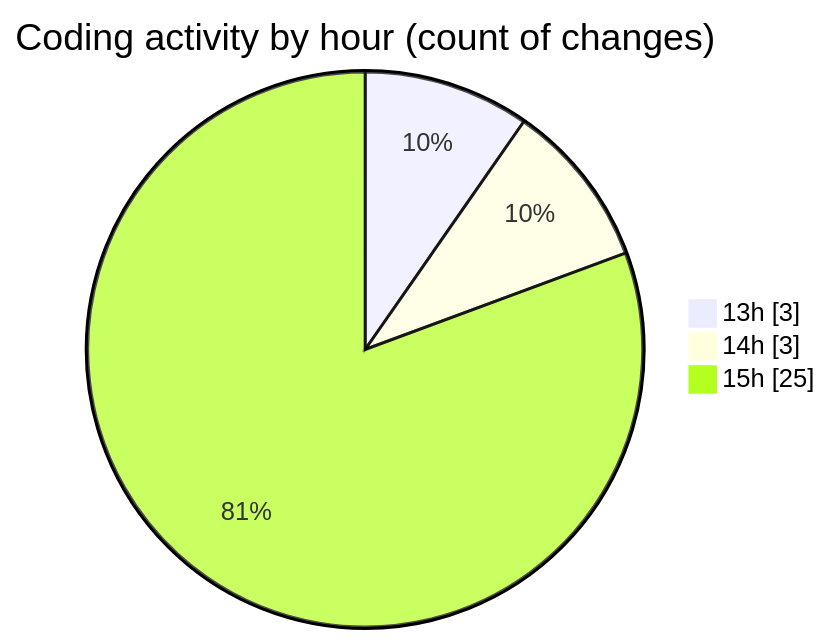
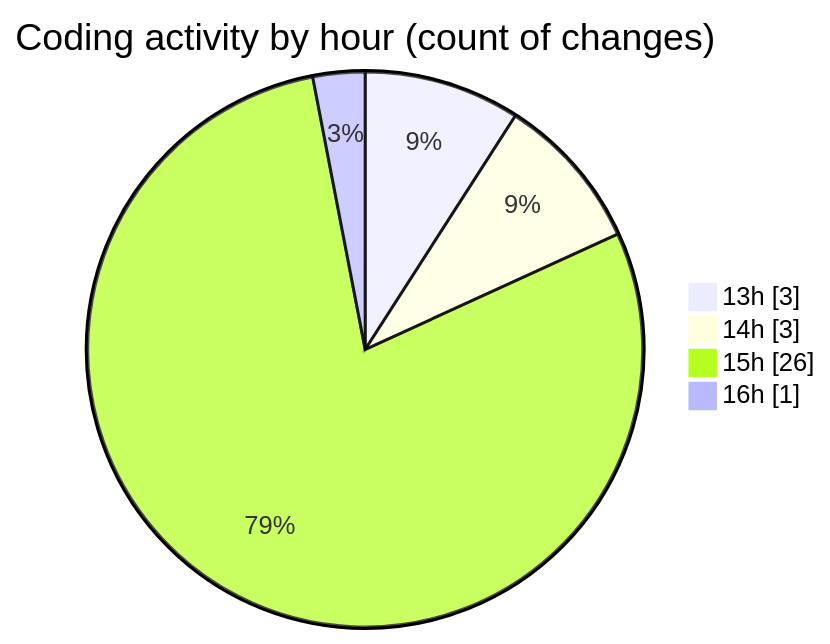
The second of 2 diagrams in 2025-06-15/studio-backend/README.md (idhammustaqopulfikri/code-tracking), drawn with Mermaid before and after one commit. The commit also changed other lines of this file and 1 other file, not shown here.

````diff
--- a/2025-06-15/studio-backend/README.md
+++ b/2025-06-15/studio-backend/README.md
@@ -40,7 +40,8 @@
 ```mermaid
 pie showData
 title Coding activity by hour (count of changes)
 "13h" : 3
 "14h" : 3
-"15h" : 25
+"15h" : 26
+"16h" : 1
 ```
````
